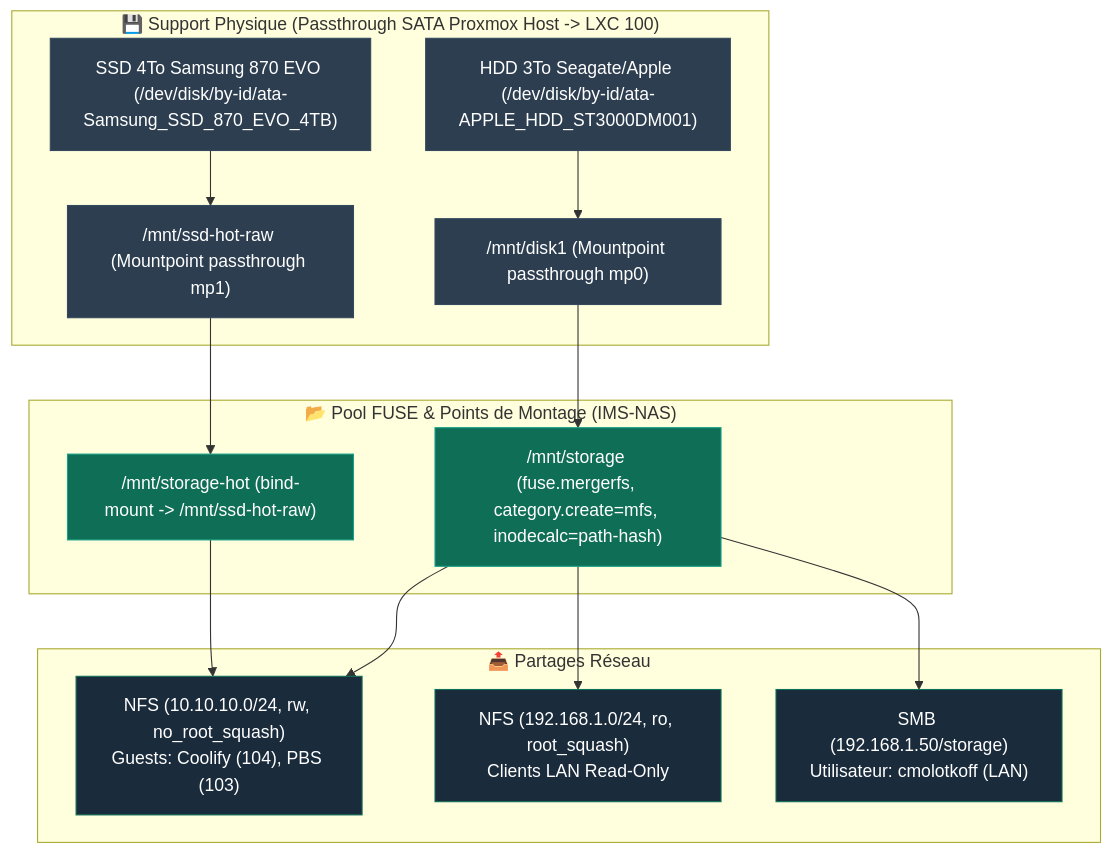
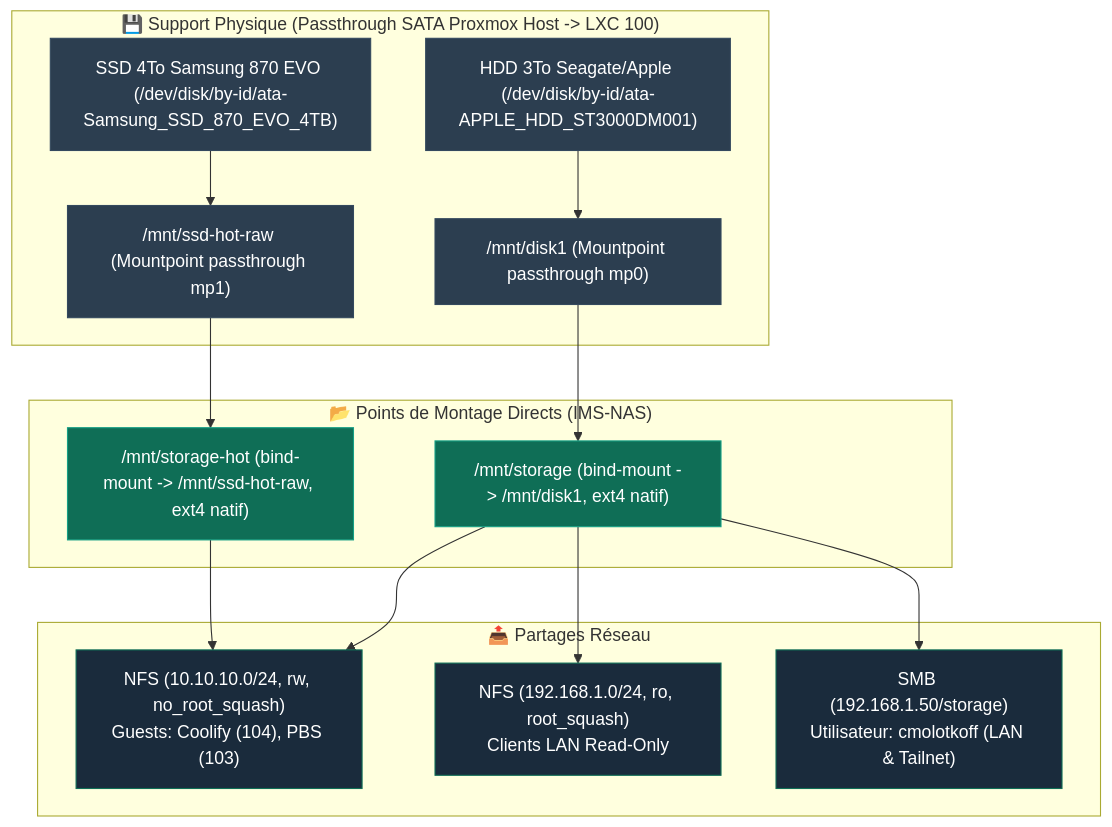
One commit to ims-world/docs changed the diagram in infrastructure/ims-nas.md. Above: the diagram before and after it, drawn with Mermaid. The commit also changed other lines of this file and 9 other files, not shown here.

````diff
--- a/infrastructure/ims-nas.md
+++ b/infrastructure/ims-nas.md
@@ -59,37 +59,37 @@
 ```mermaid
 graph TB
     subgraph DISK ["💾 Support Physique (Passthrough SATA Proxmox Host -> LXC 100)"]
         PHYS_HDD["HDD 3To Seagate/Apple (/dev/disk/by-id/ata-APPLE_HDD_ST3000DM001)"]
         MP0["/mnt/disk1 (Mountpoint passthrough mp0)"]
         PHYS_SSD["SSD 4To Samsung 870 EVO (/dev/disk/by-id/ata-Samsung_SSD_870_EVO_4TB)"]
         MP1["/mnt/ssd-hot-raw (Mountpoint passthrough mp1)"]
     end
 
-    subgraph FUSE ["📂 Pool FUSE & Points de Montage (IMS-NAS)"]
-        MPOOL["/mnt/storage (fuse.mergerfs, category.create=mfs, inodecalc=path-hash)"]
-        HOT["/mnt/storage-hot (bind-mount -> /mnt/ssd-hot-raw)"]
+    subgraph MOUNT ["📂 Points de Montage Directs (IMS-NAS)"]
+        STORAGE["/mnt/storage (bind-mount -> /mnt/disk1, ext4 natif)"]
+        HOT["/mnt/storage-hot (bind-mount -> /mnt/ssd-hot-raw, ext4 natif)"]
     end
 
     subgraph EXPORTS ["📤 Partages Réseau"]
         NFS_RW["NFS (10.10.10.0/24, rw, no_root_squash)\nGuests: Coolify (104), PBS (103)"]
         NFS_RO["NFS (192.168.1.0/24, ro, root_squash)\nClients LAN Read-Only"]
-        SMB_SHARE["SMB (192.168.1.50/storage)\nUtilisateur: cmolotkoff (LAN)"]
+        SMB_SHARE["SMB (192.168.1.50/storage)\nUtilisateur: cmolotkoff (LAN & Tailnet)"]
     end
 
     PHYS_HDD --> MP0
     PHYS_SSD --> MP1
-    MP0 --> MPOOL
+    MP0 --> STORAGE
     MP1 --> HOT
 
-    MPOOL --> NFS_RW
-    MPOOL --> NFS_RO
-    MPOOL --> SMB_SHARE
+    STORAGE --> NFS_RW
+    STORAGE --> NFS_RO
+    STORAGE --> SMB_SHARE
     HOT --> NFS_RW
 
     classDef disk fill:#2c3e50,stroke:#34495e,color:#fff;
-    classDef fuse fill:#0F6E56,stroke:#16A085,color:#fff;
+    classDef mount fill:#0F6E56,stroke:#16A085,color:#fff;
     classDef export fill:#1a2b3c,stroke:#0F6E56,color:#fff;
     class PHYS_HDD,PHYS_SSD,MP0,MP1 disk;
-    class MPOOL,HOT fuse;
+    class STORAGE,HOT mount;
     class NFS_RW,NFS_RO,SMB_SHARE export;
 ```
````
